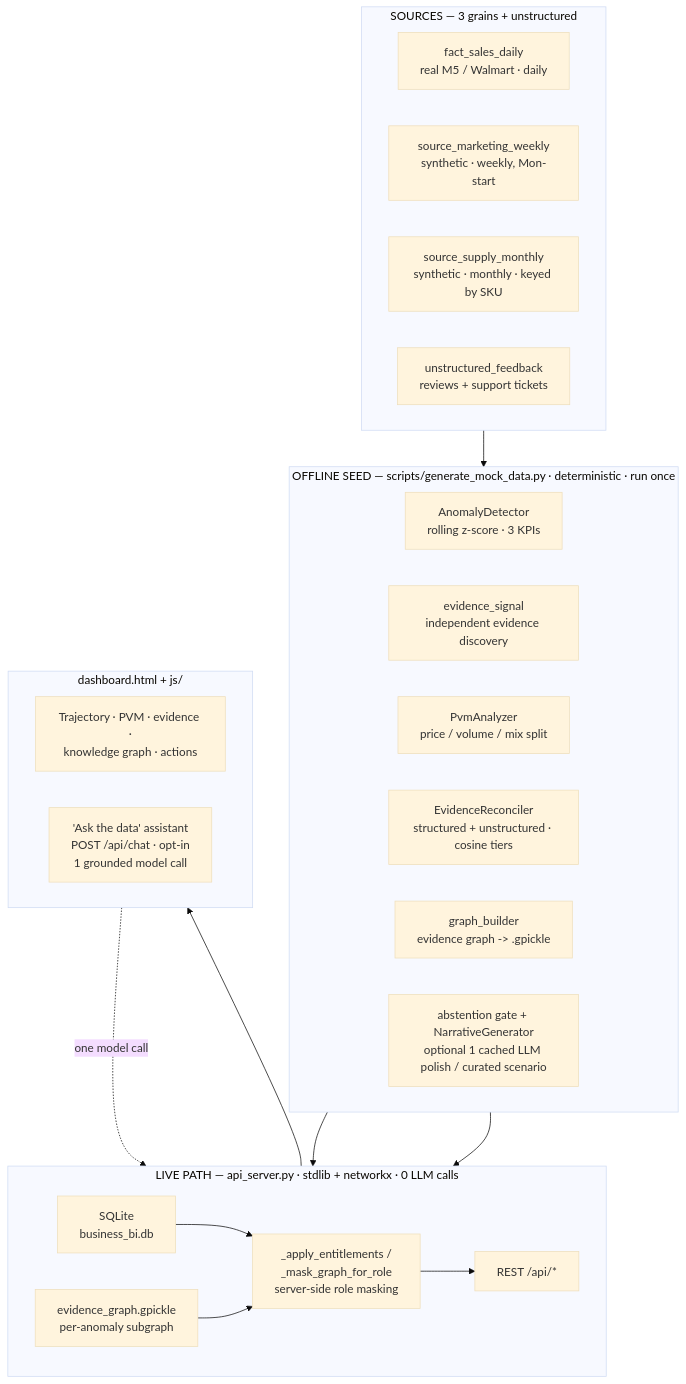
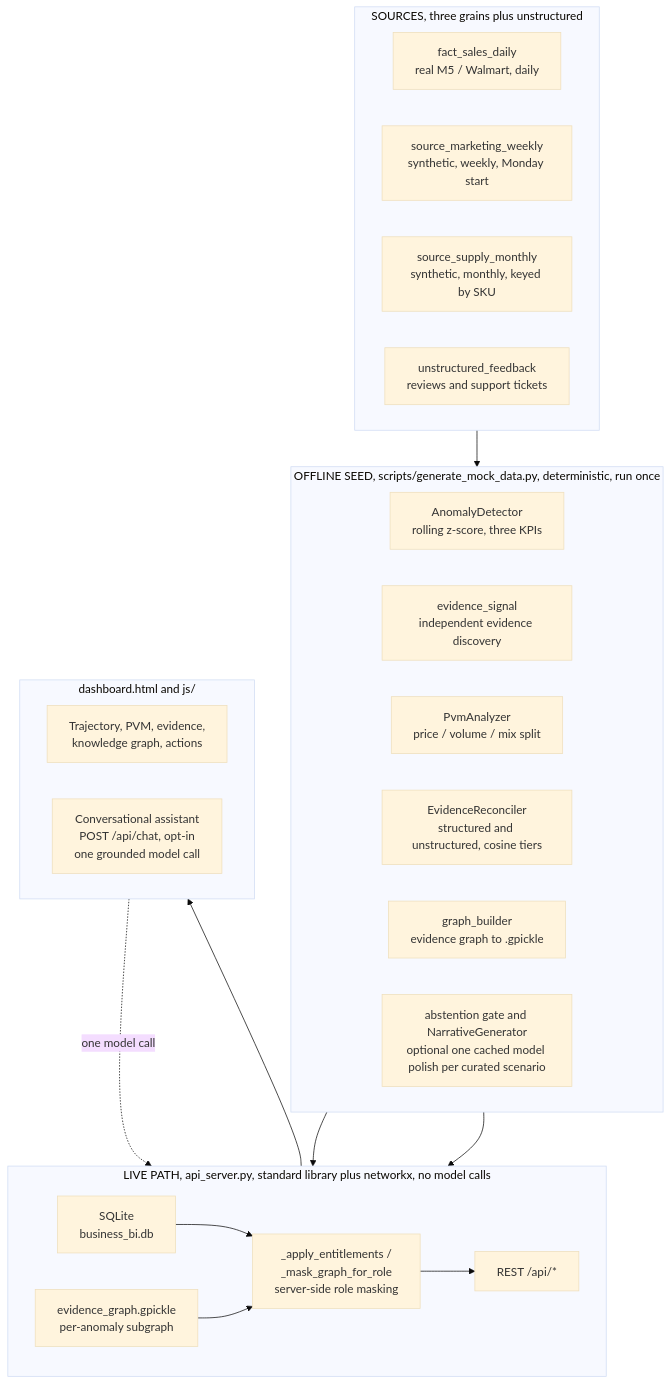
Before and after one commit to kailash-git/Accenture_AI_Hackathon: the second of 4 diagrams in README.md, drawn with Mermaid (base theme). The commit also changed other lines of this file, not shown here.

````diff
--- a/README.md
+++ b/README.md
@@ -206,40 +220,40 @@
 ```mermaid
 flowchart TB
-    subgraph S["SOURCES — 3 grains + unstructured"]
+    subgraph S["SOURCES, three grains plus unstructured"]
       direction LR
-      A1["fact_sales_daily<br/>real M5 / Walmart · daily"]
-      A2["source_marketing_weekly<br/>synthetic · weekly, Mon-start"]
-      A3["source_supply_monthly<br/>synthetic · monthly · keyed by SKU"]
-      A4["unstructured_feedback<br/>reviews + support tickets"]
+      A1["fact_sales_daily<br/>real M5 / Walmart, daily"]
+      A2["source_marketing_weekly<br/>synthetic, weekly, Monday start"]
+      A3["source_supply_monthly<br/>synthetic, monthly, keyed by SKU"]
+      A4["unstructured_feedback<br/>reviews and support tickets"]
     end
 
-    subgraph SEED["OFFLINE SEED — scripts/generate_mock_data.py · deterministic · run once"]
+    subgraph SEED["OFFLINE SEED, scripts/generate_mock_data.py, deterministic, run once"]
       direction LR
-      B1["AnomalyDetector<br/>rolling z-score · 3 KPIs"]
+      B1["AnomalyDetector<br/>rolling z-score, three KPIs"]
       B2["evidence_signal<br/>independent evidence discovery"]
       B3["PvmAnalyzer<br/>price / volume / mix split"]
-      B4["EvidenceReconciler<br/>structured + unstructured · cosine tiers"]
-      B5["graph_builder<br/>evidence graph -> .gpickle"]
-      B6["abstention gate + NarrativeGenerator<br/>optional 1 cached LLM polish / curated scenario"]
+      B4["EvidenceReconciler<br/>structured and unstructured, cosine tiers"]
+      B5["graph_builder<br/>evidence graph to .gpickle"]
+      B6["abstention gate and NarrativeGenerator<br/>optional one cached model polish per curated scenario"]
     end
 
-    subgraph SERVE["LIVE PATH — api_server.py · stdlib + networkx · 0 LLM calls"]
+    subgraph SERVE["LIVE PATH, api_server.py, standard library plus networkx, no model calls"]
       direction LR
       C1["SQLite<br/>business_bi.db"]
       C2["_apply_entitlements /<br/>_mask_graph_for_role<br/>server-side role masking"]
       C3["REST /api/*"]
       C4["evidence_graph.gpickle<br/>per-anomaly subgraph"]
     end
 
-    subgraph UI["dashboard.html + js/"]
+    subgraph UI["dashboard.html and js/"]
       direction LR
-      D1["Trajectory · PVM · evidence ·<br/>knowledge graph · actions"]
-      D2["'Ask the data' assistant<br/>POST /api/chat · opt-in<br/>1 grounded model call"]
+      D1["Trajectory, PVM, evidence,<br/>knowledge graph, actions"]
+      D2["Conversational assistant<br/>POST /api/chat, opt-in<br/>one grounded model call"]
     end
 
     S --> SEED --> C1
     B5 --> C4
     C1 --> C2 --> C3 --> UI
     C4 --> C2
     D2 -. one model call .-> C3
 ```
````
